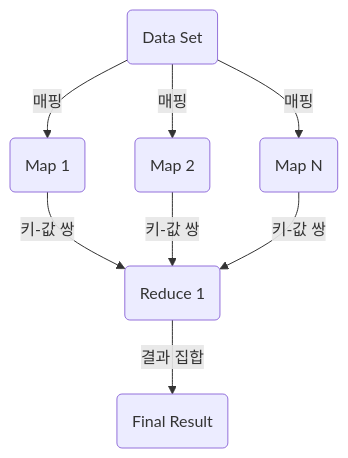
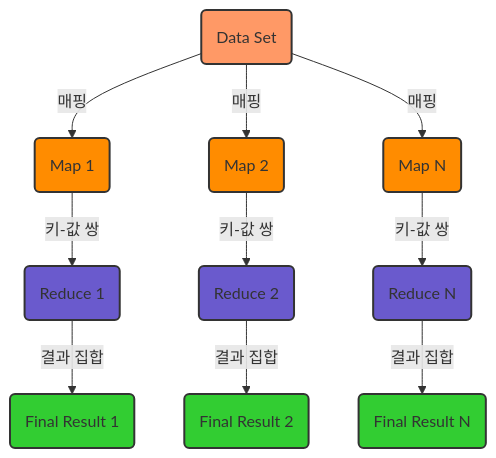
Before and after one commit to dotoryeee/blog: the sixth of 12 diagrams in docs/blog/posts/Cloud Infra/software-architecture-patterns.md, drawn with Mermaid. The commit also changed other lines of this file, not shown here.

Commit message:
update post: software architecture

````diff
--- a/docs/blog/posts/Cloud Infra/software-architecture-patterns.md
+++ b/docs/blog/posts/Cloud Infra/software-architecture-patterns.md
@@ -119,11 +142,24 @@
 ```mermaid
 graph TD
     데이터셋(Data Set) --> |"매핑"| 매퍼1(Map 1)
     데이터셋 --> |"매핑"| 매퍼2(Map 2)
     데이터셋 --> |"매핑"| 매퍼N(Map N)
     매퍼1 --> |"키-값 쌍"| 리듀서1(Reduce 1)
-    매퍼2 --> |"키-값 쌍"| 리듀서1
-    매퍼N --> |"키-값 쌍"| 리듀서1
-    리듀서1 --> |"결과 집합"| 최종결과(Final Result)
+    매퍼2 --> |"키-값 쌍"| 리듀서2(Reduce 2)
+    매퍼N --> |"키-값 쌍"| 리듀서N(Reduce N)
+    리듀서1 --> |"결과 집합"| 최종결과1(Final Result 1)
+    리듀서2 --> |"결과 집합"| 최종결과2(Final Result 2)
+    리듀서N --> |"결과 집합"| 최종결과N(Final Result N)
+
+    style 데이터셋 fill:#f96,stroke:#333,stroke-width:2px
+    style 매퍼1 fill:#ff8c00,stroke:#333,stroke-width:2px
+    style 매퍼2 fill:#ff8c00,stroke:#333,stroke-width:2px
+    style 매퍼N fill:#ff8c00,stroke:#333,stroke-width:2px
+    style 리듀서1 fill:#6a5acd,stroke:#333,stroke-width:2px
+    style 리듀서2 fill:#6a5acd,stroke:#333,stroke-width:2px
+    style 리듀서N fill:#6a5acd,stroke:#333,stroke-width:2px
+    style 최종결과1 fill:#32cd32,stroke:#333,stroke-width:2px
+    style 최종결과2 fill:#32cd32,stroke:#333,stroke-width:2px
+    style 최종결과N fill:#32cd32,stroke:#333,stroke-width:2px
 
 ```
````
